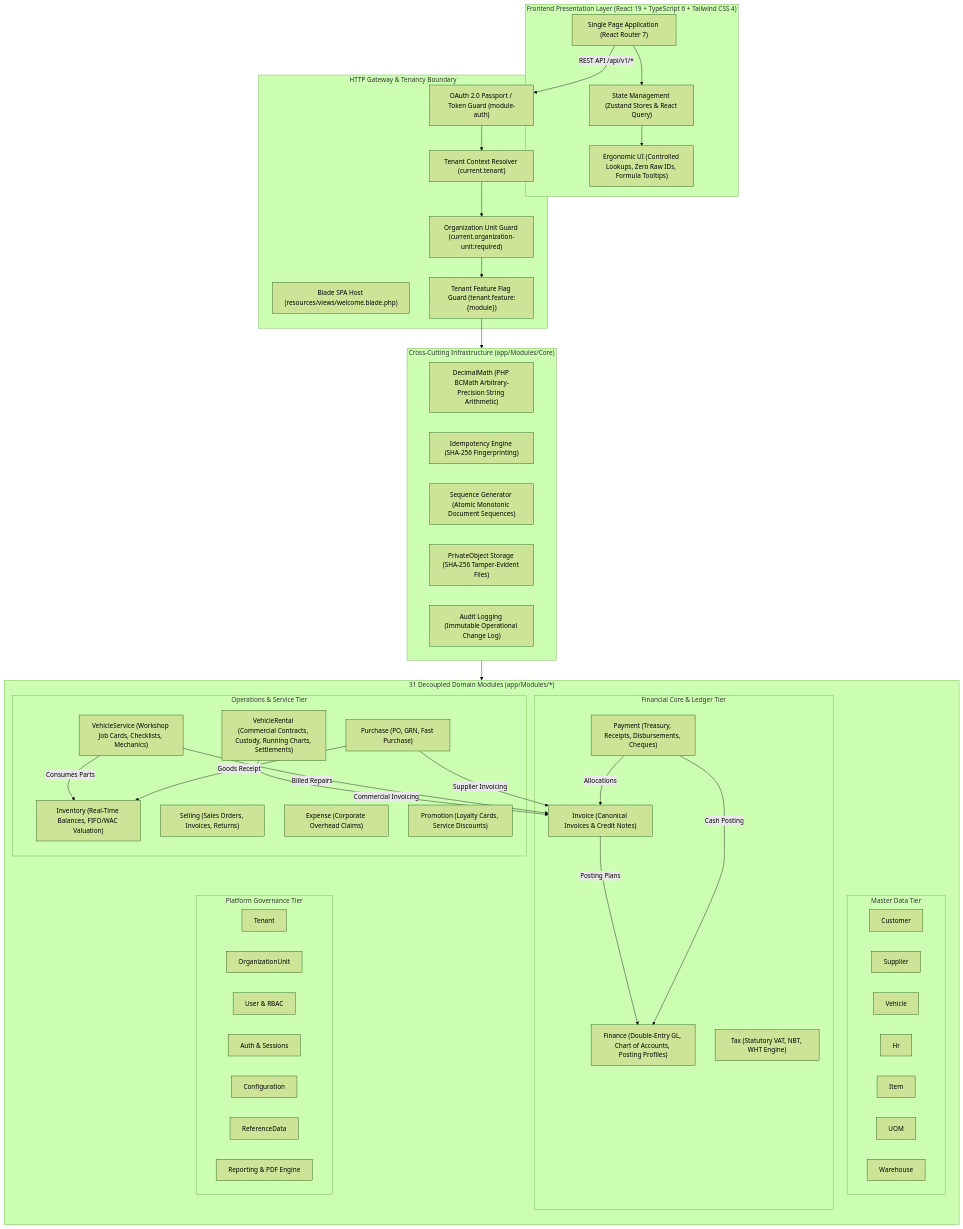
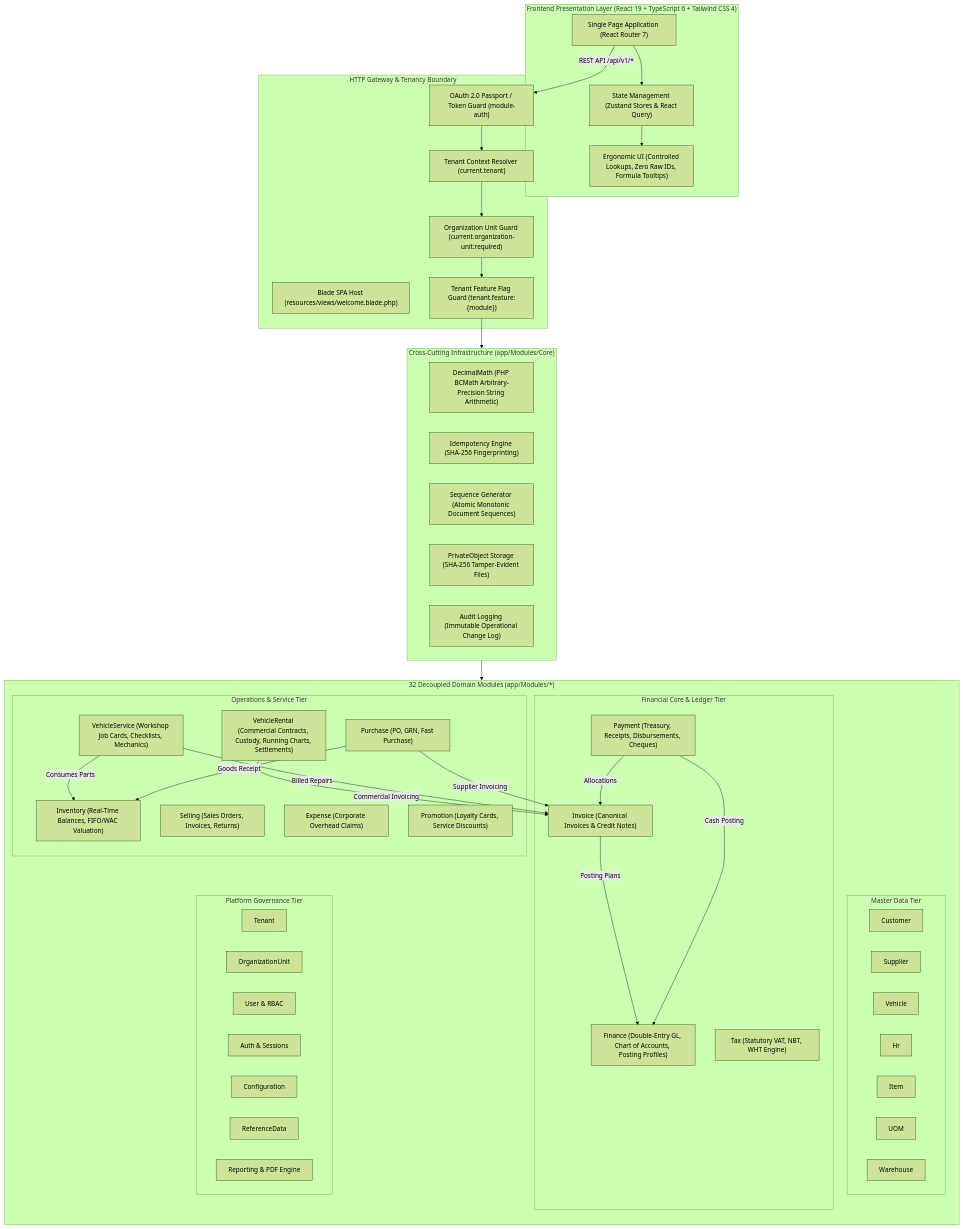
One commit to kasunvimarshana/AutoERP changed the first of 3 diagrams in README.md. Above: the diagram before and after it, drawn with Mermaid (forest theme). The commit also changed other lines of this file and 51 other files, not shown here.

````diff
--- a/README.md
+++ b/README.md
@@ -95,81 +95,81 @@
 ```mermaid
 flowchart TD
     subgraph Client["Frontend Presentation Layer (React 19 + TypeScript 6 + Tailwind CSS 4)"]
         SPA["Single Page Application (React Router 7)"]
         STATE["State Management (Zustand Stores & React Query)"]
         UI_COMP["Ergonomic UI (Controlled Lookups, Zero Raw IDs, Formula Tooltips)"]
         SPA --> STATE
         STATE --> UI_COMP
     end
 
     subgraph Gateway["HTTP Gateway & Tenancy Boundary"]
         BLADE["Blade SPA Host (resources/views/welcome.blade.php)"]
         AUTH_MID["OAuth 2.0 Passport / Token Guard (module-auth)"]
         TENANT_MID["Tenant Context Resolver (current.tenant)"]
         ORG_MID["Organization Unit Guard (current.organization-unit:required)"]
         FEATURE_MID["Tenant Feature Flag Guard (tenant.feature:{module})"]
         SPA -->|REST API /api/v1/*| AUTH_MID
         AUTH_MID --> TENANT_MID
         TENANT_MID --> ORG_MID
         ORG_MID --> FEATURE_MID
     end
 
     subgraph CoreServices["Cross-Cutting Infrastructure (app/Modules/Core)"]
         DECIMAL["DecimalMath (PHP BCMath Arbitrary-Precision String Arithmetic)"]
         IDEMP["Idempotency Engine (SHA-256 Fingerprinting)"]
         SEQ["Sequence Generator (Atomic Monotonic Document Sequences)"]
         PRIV["PrivateObject Storage (SHA-256 Tamper-Evident Files)"]
         AUDIT_SVC["Audit Logging (Immutable Operational Change Log)"]
     end
 
-    subgraph DomainTiers["31 Decoupled Domain Modules (app/Modules/*)"]
+    subgraph DomainTiers["32 Decoupled Domain Modules (app/Modules/*)"]
         direction TB
         subgraph MasterData["Master Data Tier"]
             CUST["Customer"]
             SUPP["Supplier"]
             VEH["Vehicle"]
             HR["Hr"]
             ITEM["Item"]
             UOM["UOM"]
             WARE["Warehouse"]
         end
 
         subgraph OperationalTier["Operations & Service Tier"]
             RENTAL["VehicleRental (Commercial Contracts, Custody, Running Charts, Settlements)"]
             VSERVICE["VehicleService (Workshop Job Cards, Checklists, Mechanics)"]
             PURCH["Purchase (PO, GRN, Fast Purchase)"]
             SELL["Selling (Sales Orders, Invoices, Returns)"]
             EXP["Expense (Corporate Overhead Claims)"]
             PROM["Promotion (Loyalty Cards, Service Discounts)"]
             INVT["Inventory (Real-Time Balances, FIFO/WAC Valuation)"]
         end
 
         subgraph FinancialTier["Financial Core & Ledger Tier"]
             INV["Invoice (Canonical Invoices & Credit Notes)"]
             PAY["Payment (Treasury, Receipts, Disbursements, Cheques)"]
             FIN["Finance (Double-Entry GL, Chart of Accounts, Posting Profiles)"]
             TAX["Tax (Statutory VAT, NBT, WHT Engine)"]
         end
 
         subgraph PlatformTier["Platform Governance Tier"]
             TEN["Tenant"]
             ORG["OrganizationUnit"]
             USR["User & RBAC"]
             AUTH["Auth & Sessions"]
             CONF["Configuration"]
             REF["ReferenceData"]
             REP["Reporting & PDF Engine"]
         end
     end
 
     FEATURE_MID --> CoreServices
     CoreServices --> DomainTiers
     RENTAL -->|Commercial Invoicing| INV
     VSERVICE -->|Consumes Parts| INVT
     VSERVICE -->|Billed Repairs| INV
     PURCH -->|Goods Receipt| INVT
     PURCH -->|Supplier Invoicing| INV
     INV -->|Posting Plans| FIN
     PAY -->|Cash Posting| FIN
     PAY -->|Allocations| INV
 ```
````
